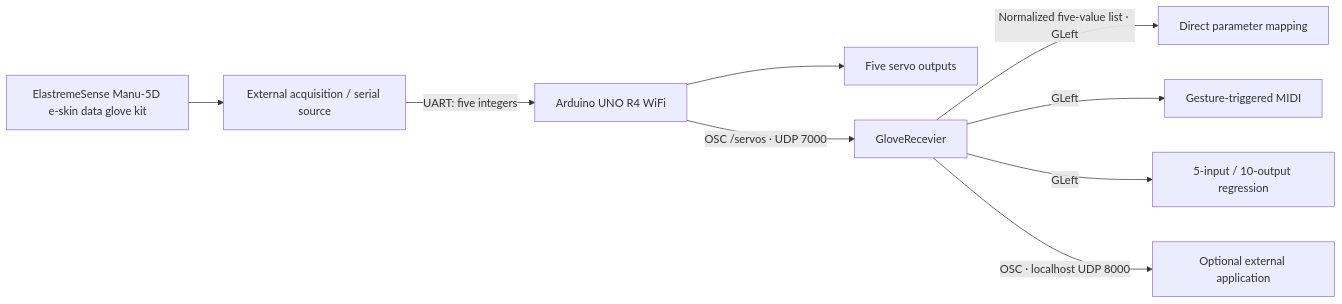
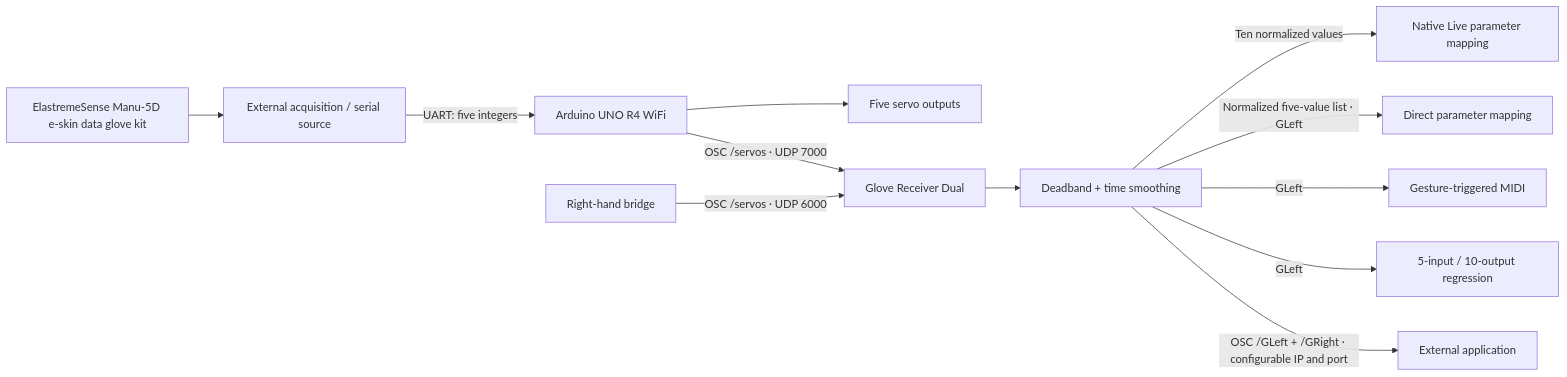
One commit to lingyuanyangg/glove-system changed the diagram in README.md. Above: the diagram before and after it, drawn with Mermaid. The commit also changed other lines of this file and 19 other files, not shown here.

Commit message:
Add dual-hand Max for Live receiver with native mapping, jitter filtering and OSC forwarding

````diff
--- a/README.md
+++ b/README.md
@@ -7,11 +9,14 @@
 ```mermaid
 flowchart LR
     G[ElastremeSense Manu-5D e-skin data glove kit] --> I[External acquisition / serial source]
     I -->|UART: five integers| A[Arduino UNO R4 WiFi]
     A --> S[Five servo outputs]
-    A -->|OSC /servos · UDP 7000| R[GloveRecevier]
-    R -->|Normalized five-value list · GLeft| D[Direct parameter mapping]
-    R -->|GLeft| B[Gesture-triggered MIDI]
-    R -->|GLeft| M[5-input / 10-output regression]
-    R -->|OSC · localhost UDP 8000| X[Optional external application]
+    A -->|OSC /servos · UDP 7000| R[Glove Receiver Dual]
+    A2[Right-hand bridge] -->|OSC /servos · UDP 6000| R
+    R --> F[Deadband + time smoothing]
+    F -->|Ten normalized values| L[Native Live parameter mapping]
+    F -->|Normalized five-value list · GLeft| D[Direct parameter mapping]
+    F -->|GLeft| B[Gesture-triggered MIDI]
+    F -->|GLeft| M[5-input / 10-output regression]
+    F -->|OSC /GLeft + /GRight · configurable IP and port| X[External application]
 ```
````
